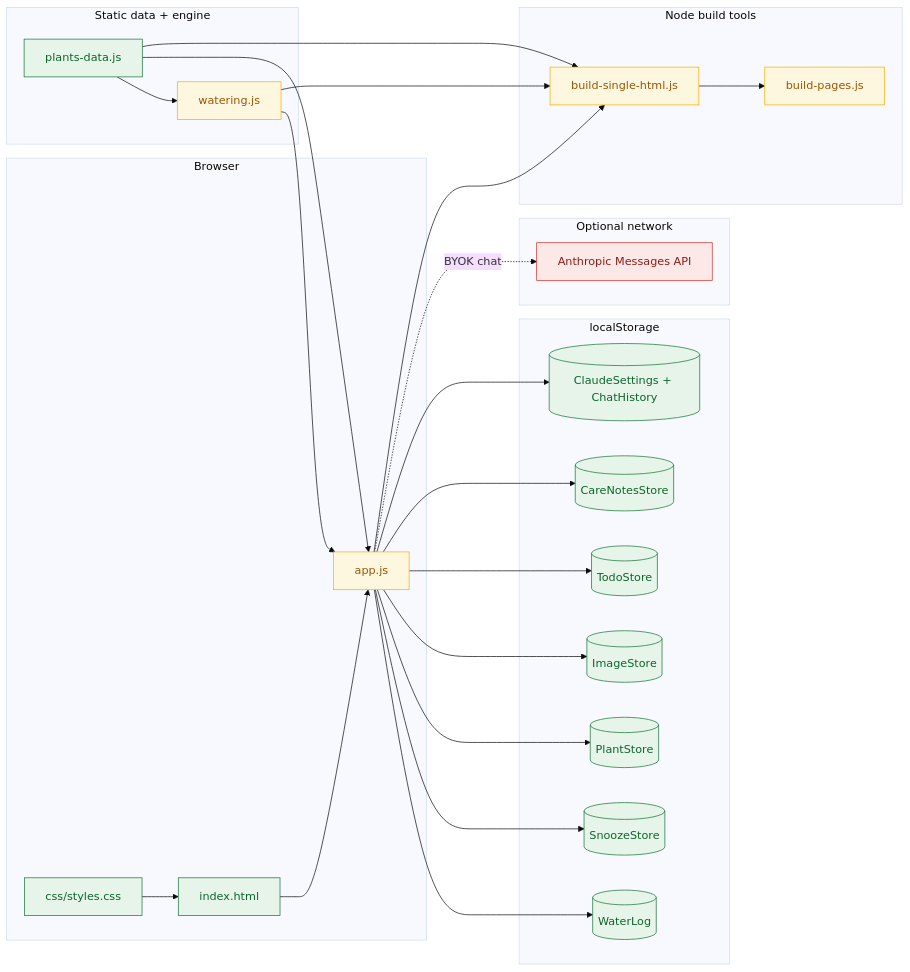
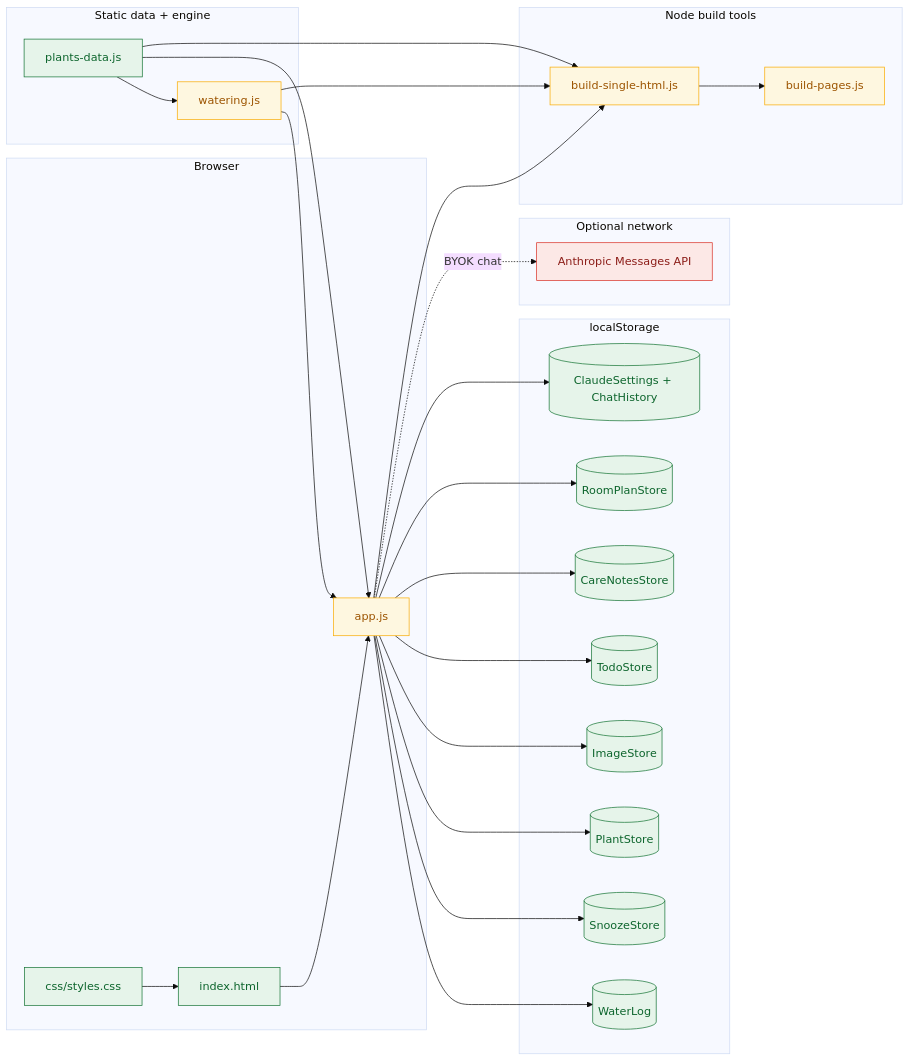
One commit to reuhdz/Moose-Plant-Care changed the first of 3 diagrams in docs/developer-guide-structure-and-features.md. Above: the diagram before and after it, drawn with Mermaid (base theme). The commit also changed other lines of this file and 7 other files, not shown here.

````diff
--- a/docs/developer-guide-structure-and-features.md
+++ b/docs/developer-guide-structure-and-features.md
@@ -36,50 +36,51 @@
 ```mermaid
 flowchart LR
     subgraph Client["Browser"]
         HTML[index.html]
         CSS[css/styles.css]
         UI[app.js]
     end
 
     subgraph DataLayer["Static data + engine"]
         PD[plants-data.js]
         ENG[watering.js]
     end
 
     subgraph Persistence["localStorage"]
         WL[(WaterLog)]
         SNZ[(SnoozeStore)]
         PS[(PlantStore)]
         IMG[(ImageStore)]
         TD[(TodoStore)]
         CN[(CareNotesStore)]
+        RP[(RoomPlanStore)]
         CL[(ClaudeSettings + ChatHistory)]
     end
 
     subgraph External["Optional network"]
         API[Anthropic Messages API]
     end
 
     subgraph Build["Node build tools"]
         SF[build-single-html.js]
         PG[build-pages.js]
     end
 
     HTML --> UI
     CSS --> HTML
     PD --> ENG
     PD --> UI
     ENG --> UI
-    UI --> WL & SNZ & PS & IMG & TD & CN & CL
+    UI --> WL & SNZ & PS & IMG & TD & CN & RP & CL
     UI -. BYOK chat .-> API
     PD & ENG & UI --> SF
     SF --> PG
 
     classDef io fill:#E6F4EA,stroke:#137333,color:#0D652D;
     classDef process fill:#FEF7E0,stroke:#F9AB00,color:#9C5400;
     classDef external fill:#FCE8E6,stroke:#D93025,color:#8C1D18;
     class HTML,CSS,PD io;
     class UI,ENG,SF,PG process;
     class API external;
-    class WL,SNZ,PS,IMG,TD,CN,CL io;
+    class WL,SNZ,PS,IMG,TD,CN,RP,CL io;
 ```
````
